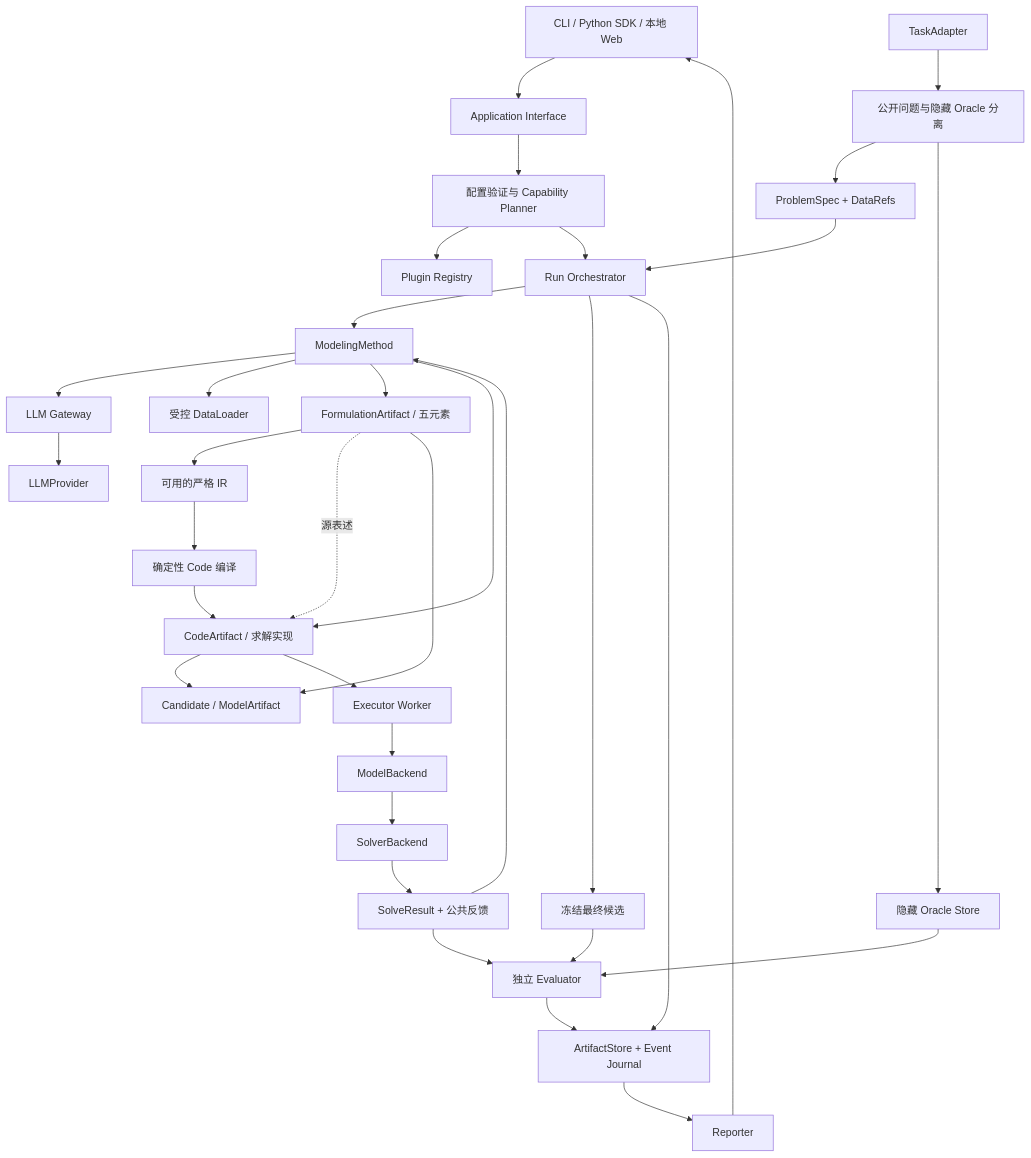
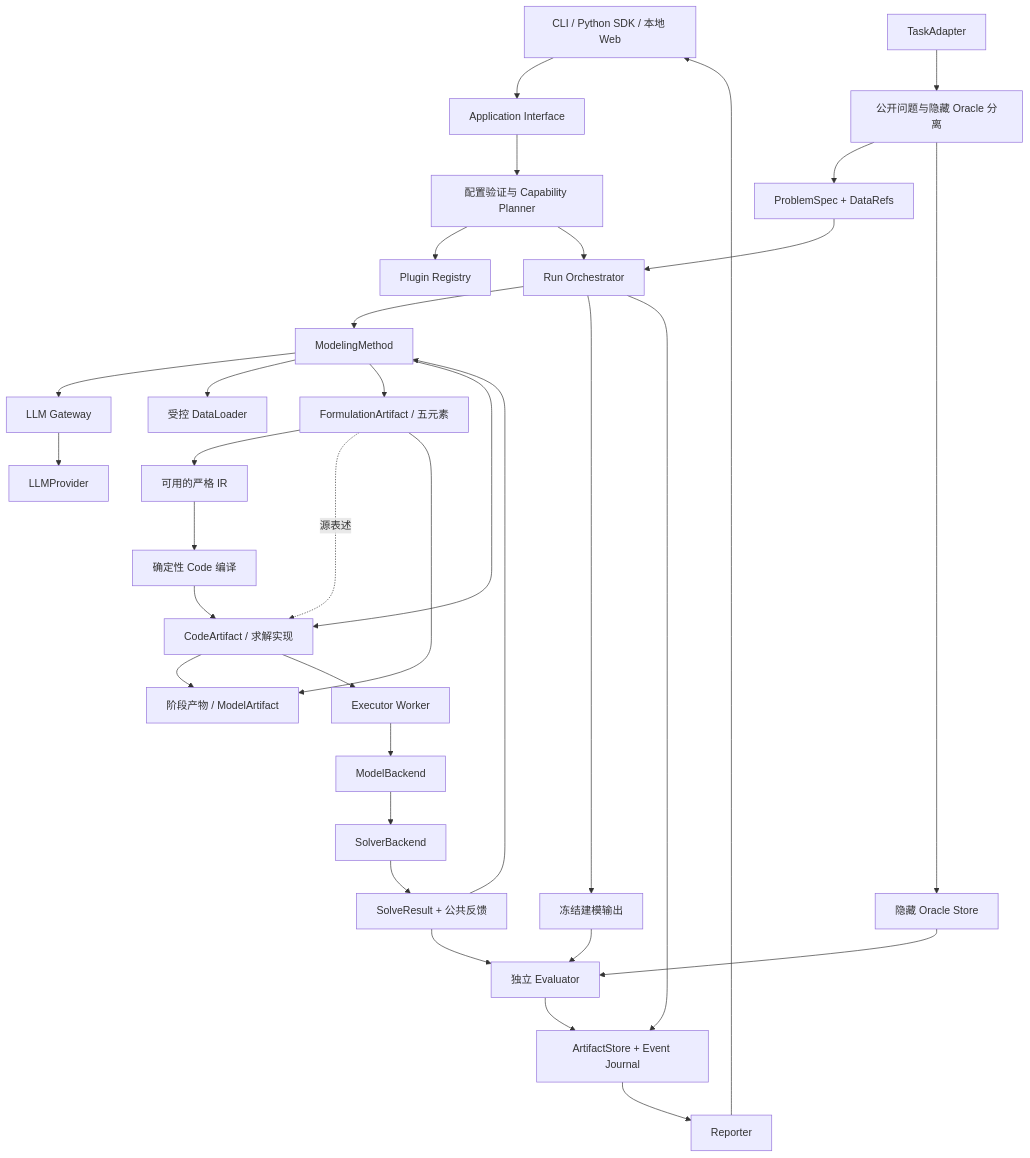
Before and after one commit to Fangziyang0910/LLM4OM: the first of 2 diagrams in docs/architecture.md, drawn with Mermaid. The commit also changed other lines of this file and 98 other files, not shown here.

````diff
--- a/docs/architecture.md
+++ b/docs/architecture.md
@@ -36,36 +36,36 @@
 ```mermaid
 flowchart TD
     UI[CLI / Python SDK / 本地 Web] --> API[Application Interface]
     API --> PRE[配置验证与 Capability Planner]
     PRE --> REG[Plugin Registry]
     PRE --> RUN[Run Orchestrator]
     TASK[TaskAdapter] --> SPLIT[公开问题与隐藏 Oracle 分离]
     SPLIT --> PUB[ProblemSpec + DataRefs]
     PUB --> RUN
     RUN --> METHOD[ModelingMethod]
     METHOD --> LLM[LLM Gateway]
     LLM --> PROVIDER[LLMProvider]
     METHOD --> DATA[受控 DataLoader]
     METHOD --> FORM[FormulationArtifact / 五元素]
     FORM --> IR[可用的严格 IR]
     IR --> COMP[确定性 Code 编译]
     METHOD --> CODE[CodeArtifact / 求解实现]
     FORM -.源表述.-> CODE
     COMP --> CODE
-    FORM --> CAND[Candidate / ModelArtifact]
+    FORM --> CAND[阶段产物 / ModelArtifact]
     CODE --> CAND
     CODE --> EXEC[Executor Worker]
     EXEC --> MB[ModelBackend]
     MB --> SOLVER[SolverBackend]
     SOLVER --> RESULT[SolveResult + 公共反馈]
     RESULT --> METHOD
-    RUN --> FINAL[冻结最终候选]
+    RUN --> FINAL[冻结建模输出]
     FINAL --> EVAL[独立 Evaluator]
     SPLIT --> ORACLE[隐藏 Oracle Store]
     ORACLE --> EVAL
     RESULT --> EVAL
     RUN --> STORE[ArtifactStore + Event Journal]
     EVAL --> STORE
     STORE --> REPORT[Reporter]
     REPORT --> UI
 ```
````
